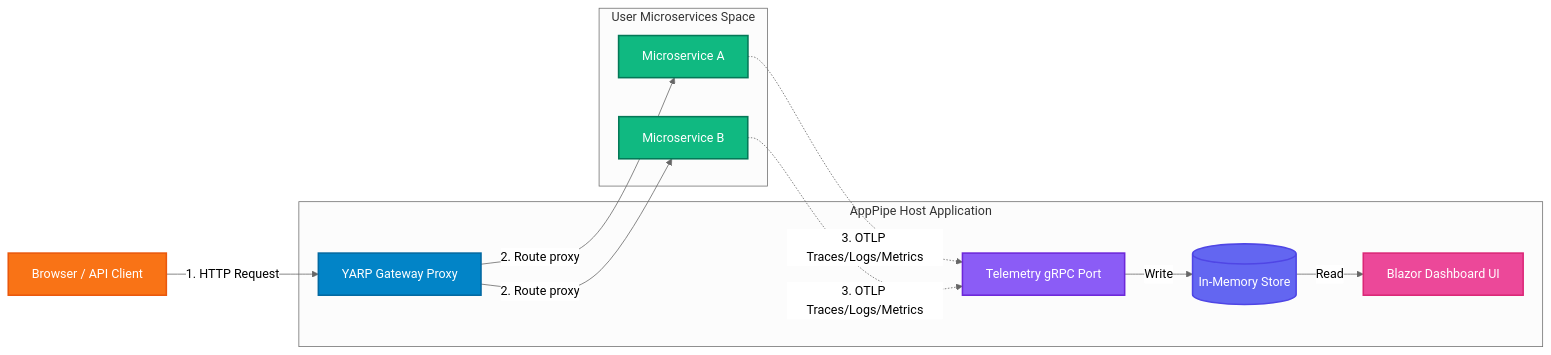
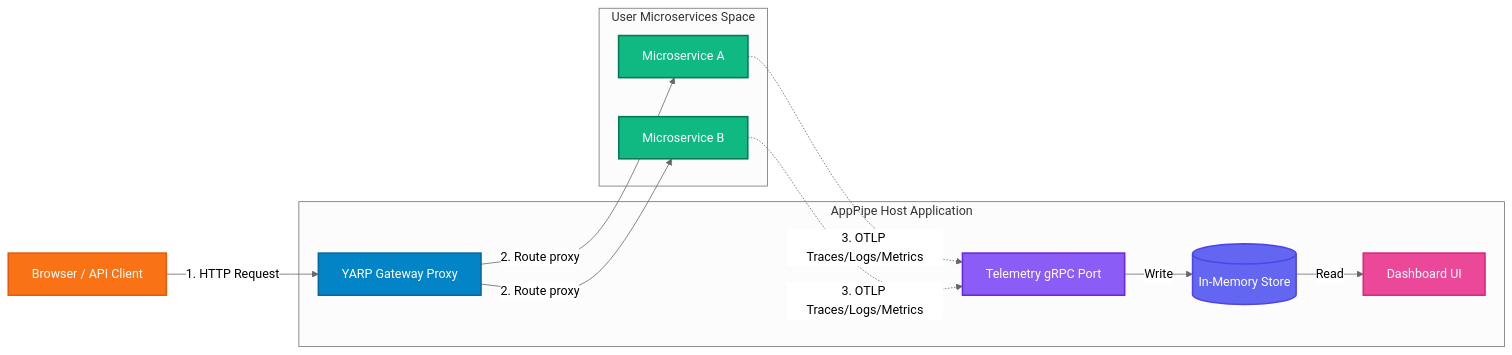
The diagram in README.md (SitholeWB/AppPipe.Hosting), drawn with Mermaid (neutral theme) before and after one commit. The commit also changed other lines of this file and 33 other files, not shown here.

````diff
--- a/README.md
+++ b/README.md
@@ -45,36 +43,36 @@
 ```mermaid
 graph LR
     %% Styles
     classDef client fill:#f97316,stroke:#ea580c,stroke-width:2px,color:#fff;
     classDef gateway fill:#0284c7,stroke:#0369a1,stroke-width:2px,color:#fff;
     classDef service fill:#10b981,stroke:#047857,stroke-width:2px,color:#fff;
     classDef telemetry fill:#8b5cf6,stroke:#6d28d9,stroke-width:2px,color:#fff;
     classDef store fill:#6366f1,stroke:#4f46e5,stroke-width:2px,color:#fff;
     classDef dashboard fill:#ec4899,stroke:#db2777,stroke-width:2px,color:#fff;
 
     Client[Browser / API Client]:::client
     
     subgraph AppPipeHost ["AppPipe Host Application"]
         Gateway[YARP Gateway Proxy]:::gateway
         TelemetryPort[Telemetry gRPC Port]:::telemetry
         Store[(In-Memory Store)]:::store
-        Dashboard[Blazor Dashboard UI]:::dashboard
+        Dashboard[Dashboard UI]:::dashboard
         
         TelemetryPort -->|Write| Store
         Store -->|Read| Dashboard
     end
 
     subgraph Microservices ["User Microservices Space"]
         ServiceA[Microservice A]:::service
         ServiceB[Microservice B]:::service
     end
 
     %% Request Routing Flow
     Client -->|1. HTTP Request| Gateway
     Gateway -->|2. Route proxy| ServiceA
     Gateway -->|2. Route proxy| ServiceB
 
     %% Telemetry Flow
     ServiceA -.->|3. OTLP Traces/Logs/Metrics| TelemetryPort
     ServiceB -.->|3. OTLP Traces/Logs/Metrics| TelemetryPort
 ```
````
